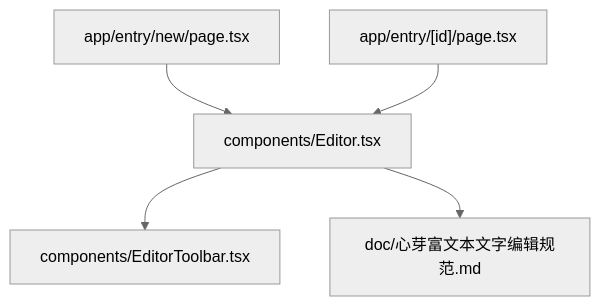
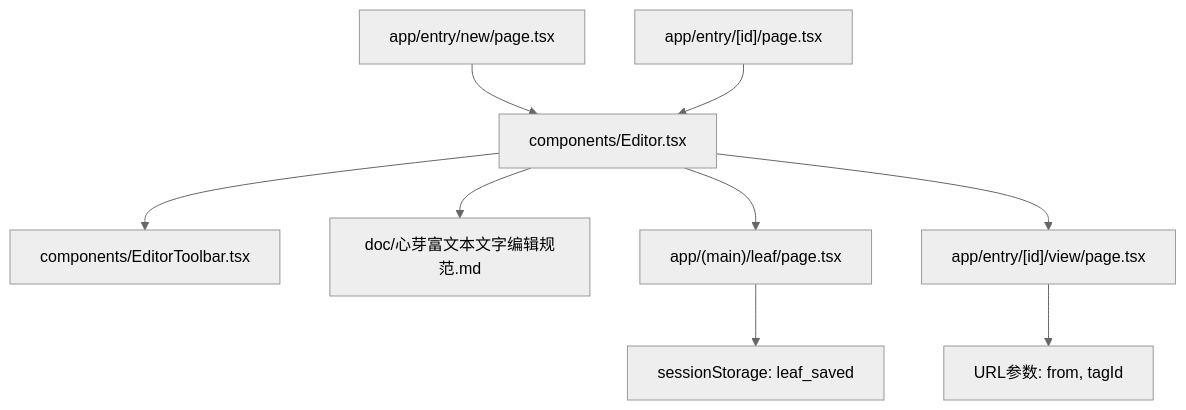
The first of 4 diagrams in .qoder/repowiki/zh/content/设计文档/富文本编辑器设计规范.md (kangkang919/xinya), drawn with Mermaid (neutral theme) before and after one commit. The commit also changed other lines of this file and 27 other files, not shown here.

````diff
--- a/.qoder/repowiki/zh/content/设计文档/富文本编辑器设计规范.md
+++ b/.qoder/repowiki/zh/content/设计文档/富文本编辑器设计规范.md
@@ -30,7 +41,11 @@
 ```mermaid
 graph TB
 A["app/entry/new/page.tsx"] --> B["components/Editor.tsx"]
 C["app/entry/[id]/page.tsx"] --> B
 B --> D["components/EditorToolbar.tsx"]
 B --> E["doc/心芽富文本文字编辑规范.md"]
+B --> F["app/(main)/leaf/page.tsx"]
+B --> G["app/entry/[id]/view/page.tsx"]
+F --> H["sessionStorage: leaf_saved"]
+G --> I["URL参数: from, tagId"]
 ```
````
